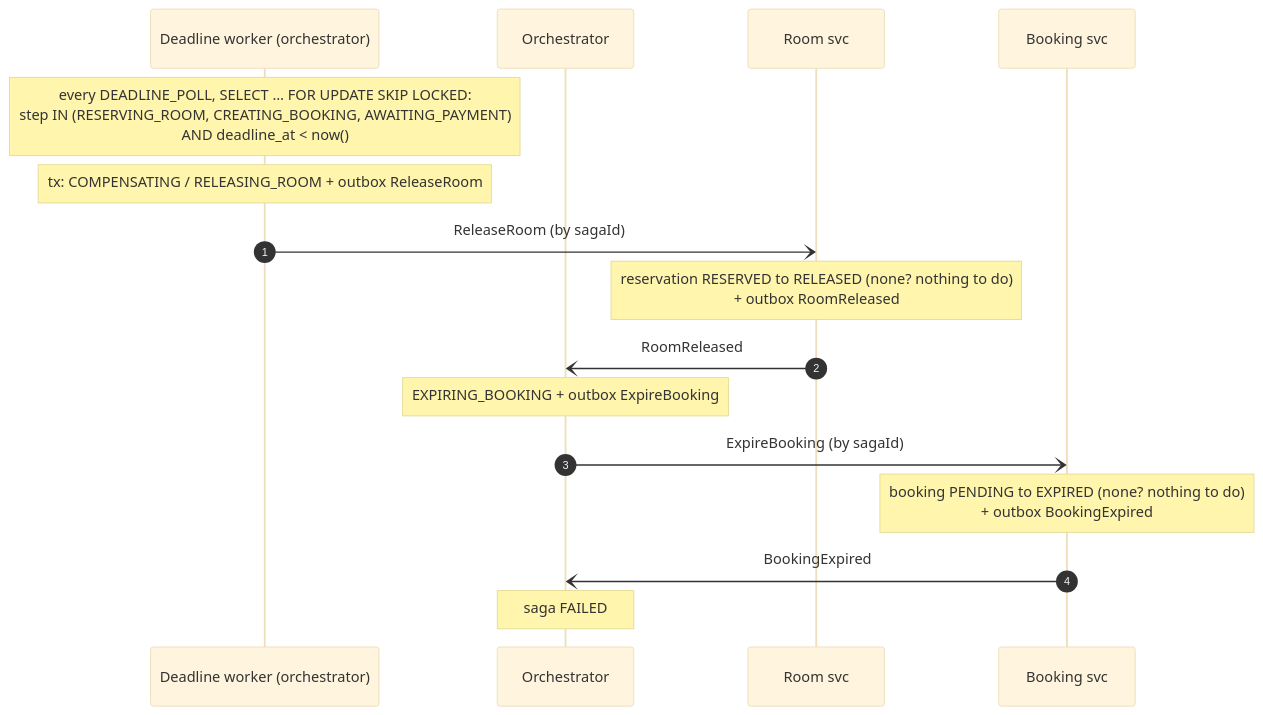
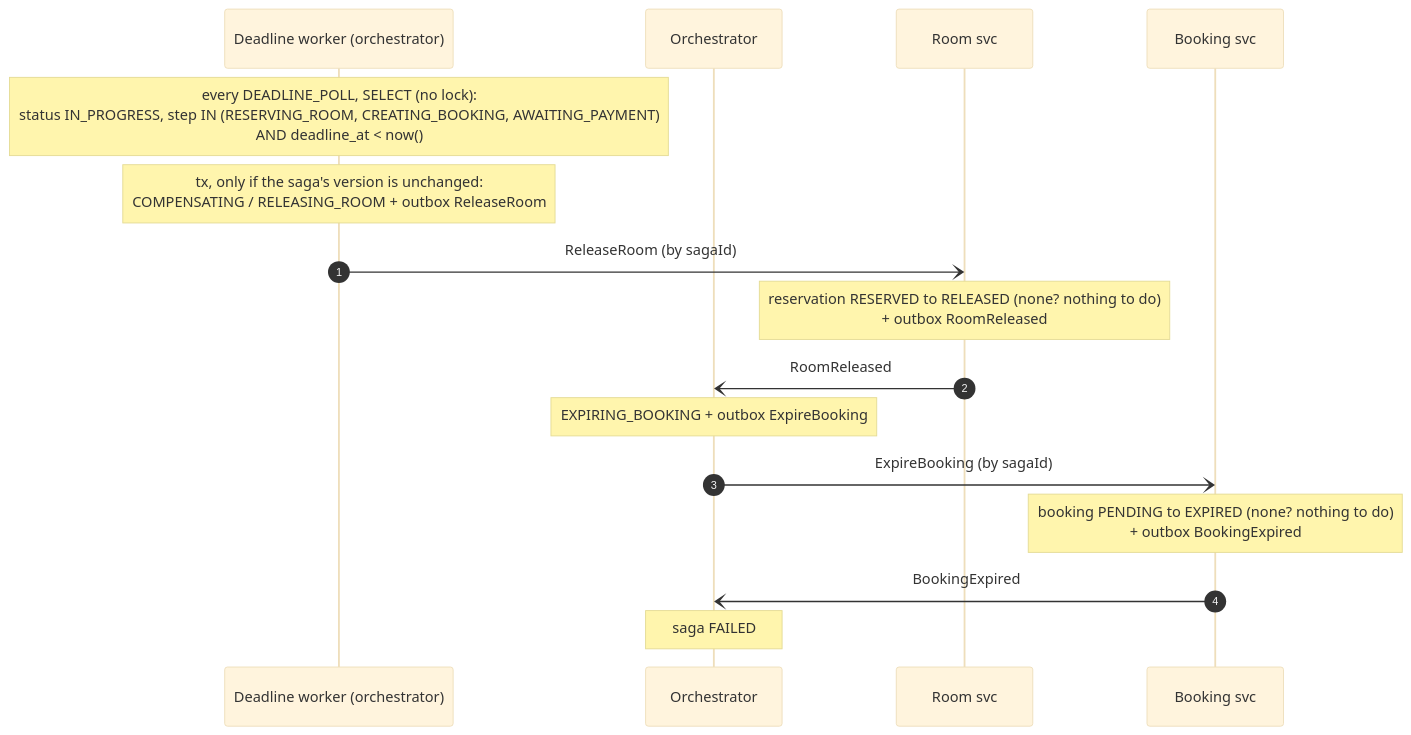
Before and after one commit to TranQuangPhong/hotel-booking-hexagon: the fourth of 5 diagrams in doc/uc1-create-booking/flows.md, drawn with Mermaid (base theme). The commit also changed other lines of this file and 10 other files, not shown here.

````diff
--- a/doc/uc1-create-booking/flows.md
+++ b/doc/uc1-create-booking/flows.md
@@ -134,19 +138,19 @@
 ```mermaid
 sequenceDiagram
     autonumber
     participant W as Deadline worker (orchestrator)
     participant O as Orchestrator
     participant R as Room svc
     participant B as Booking svc
 
-    Note over W: every DEADLINE_POLL, SELECT … FOR UPDATE SKIP LOCKED:<br/>step IN (RESERVING_ROOM, CREATING_BOOKING, AWAITING_PAYMENT)<br/>AND deadline_at < now()
-    Note over W: tx: COMPENSATING / RELEASING_ROOM + outbox ReleaseRoom
+    Note over W: every DEADLINE_POLL, SELECT (no lock):<br/>status IN_PROGRESS, step IN (RESERVING_ROOM, CREATING_BOOKING, AWAITING_PAYMENT)<br/>AND deadline_at < now()
+    Note over W: tx, only if the saga's version is unchanged:<br/>COMPENSATING / RELEASING_ROOM + outbox ReleaseRoom
     W-)R: ReleaseRoom (by sagaId)
     Note over R: reservation RESERVED to RELEASED (none? nothing to do)<br/>+ outbox RoomReleased
     R-)O: RoomReleased
     Note over O: EXPIRING_BOOKING + outbox ExpireBooking
     O-)B: ExpireBooking (by sagaId)
     Note over B: booking PENDING to EXPIRED (none? nothing to do)<br/>+ outbox BookingExpired
     B-)O: BookingExpired
     Note over O: saga FAILED
 ```
````
